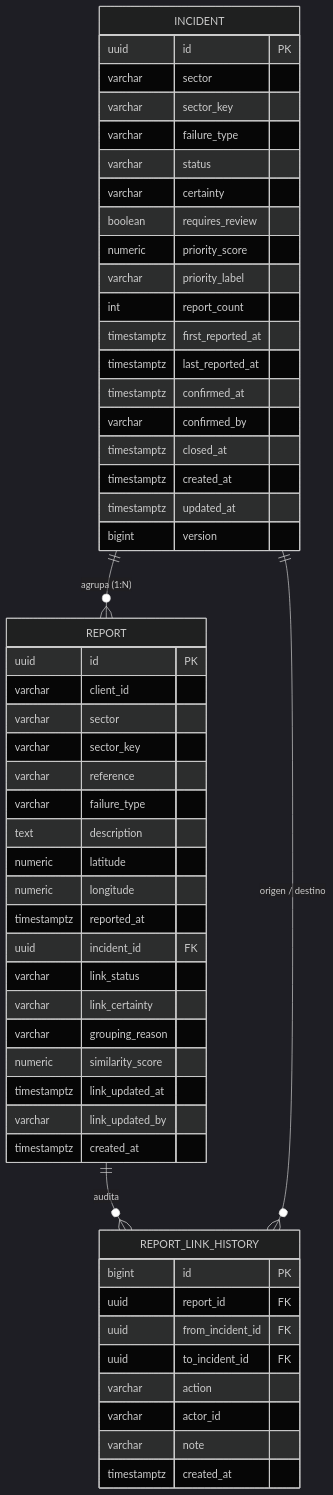
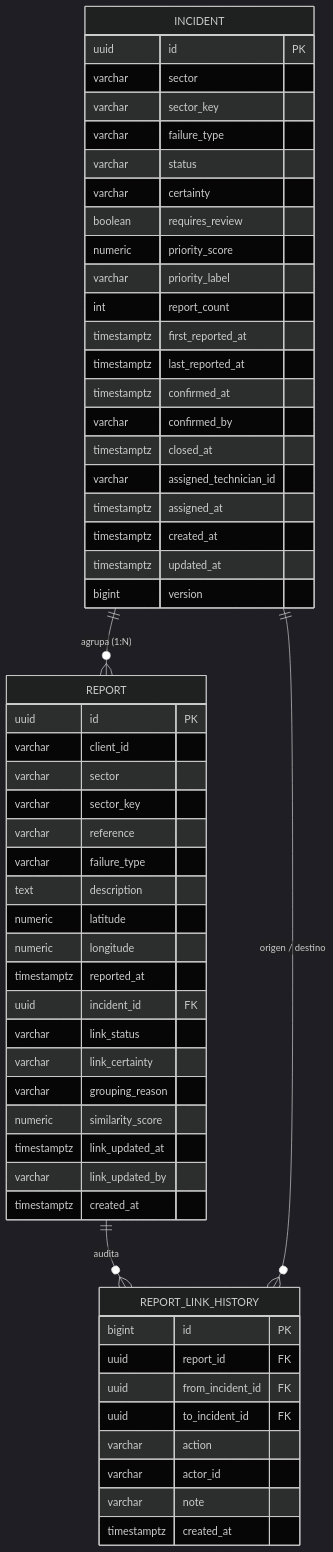
The fifth of 7 diagrams in docs/arquitectura.md (rodrigomaldonadov/luzdelsur-incidencias-back), drawn with Mermaid (dark theme) before and after one commit. The commit also changed other lines of this file and 20 other files, not shown here.

````diff
--- a/docs/arquitectura.md
+++ b/docs/arquitectura.md
@@ -252,59 +252,61 @@
 ```mermaid
 erDiagram
     INCIDENT ||--o{ REPORT : "agrupa (1:N)"
     REPORT ||--o{ REPORT_LINK_HISTORY : "audita"
     INCIDENT ||--o{ REPORT_LINK_HISTORY : "origen / destino"
 
     INCIDENT {
         uuid id PK
         varchar sector
         varchar sector_key
         varchar failure_type
         varchar status
         varchar certainty
         boolean requires_review
         numeric priority_score
         varchar priority_label
         int report_count
         timestamptz first_reported_at
         timestamptz last_reported_at
         timestamptz confirmed_at
         varchar confirmed_by
         timestamptz closed_at
+        varchar assigned_technician_id
+        timestamptz assigned_at
         timestamptz created_at
         timestamptz updated_at
         bigint version
     }
 
     REPORT {
         uuid id PK
         varchar client_id
         varchar sector
         varchar sector_key
         varchar reference
         varchar failure_type
         text description
         numeric latitude
         numeric longitude
         timestamptz reported_at
         uuid incident_id FK
         varchar link_status
         varchar link_certainty
         varchar grouping_reason
         numeric similarity_score
         timestamptz link_updated_at
         varchar link_updated_by
         timestamptz created_at
     }
 
     REPORT_LINK_HISTORY {
         bigint id PK
         uuid report_id FK
         uuid from_incident_id FK
         uuid to_incident_id FK
         varchar action
         varchar actor_id
         varchar note
         timestamptz created_at
     }
 ```
````
